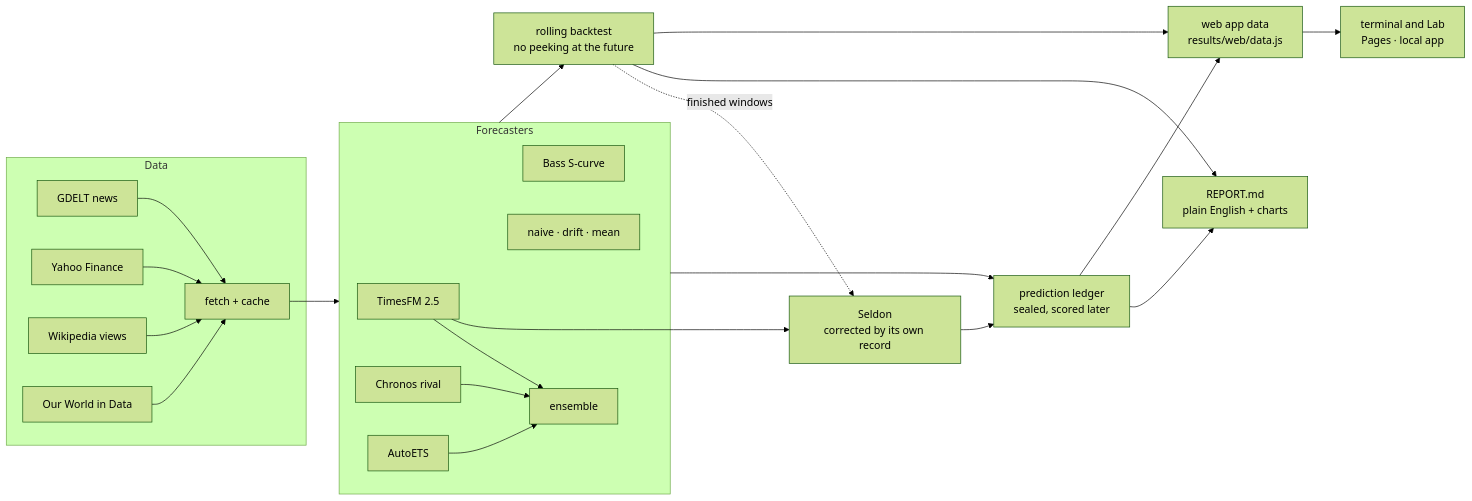
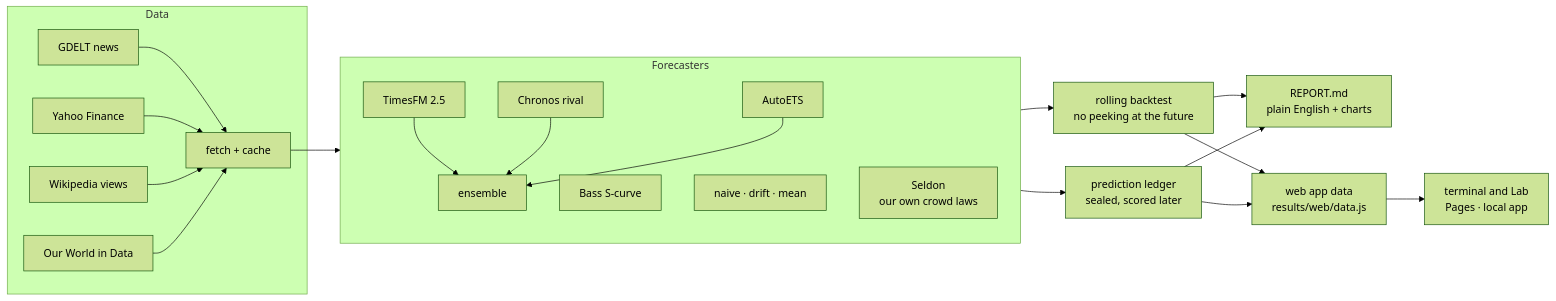
One commit to Normansrule/world-predictor changed the diagram in README.md. Above: the diagram before and after it, drawn with Mermaid (forest theme). The commit also changed other lines of this file and 54 other files, not shown here.

Commit message:
Seldon: our own psychohistory forecaster, head to head with TimesFM

````diff
--- a/README.md
+++ b/README.md
@@ -409,28 +433,26 @@
 ```mermaid
 flowchart LR
   subgraph Data
     G[GDELT news] --> F
     Y[Yahoo Finance] --> F
     W[Wikipedia views] --> F
     O[Our World in Data] --> F
   end
   F[fetch + cache] --> M
   subgraph M [Forecasters]
     T[TimesFM 2.5]
     C[Chronos rival]
     E[AutoETS]
     B[Bass S-curve]
     N[naive · drift · mean]
+    S[Seldon<br/>our own crowd laws]
     T & C & E --> EN[ensemble]
   end
-  T --> S[Seldon<br/>corrected by its own record]
-  BT -. finished windows .-> S
-  S --> L
   M --> BT[rolling backtest<br/>no peeking at the future]
   M --> L[prediction ledger<br/>sealed, scored later]
   BT --> R[REPORT.md<br/>plain English + charts]
   L --> R
   BT --> A[web app data<br/>results/web/data.js]
   L --> A
   A --> APP[terminal and Lab<br/>Pages · local app]
 ```
````
